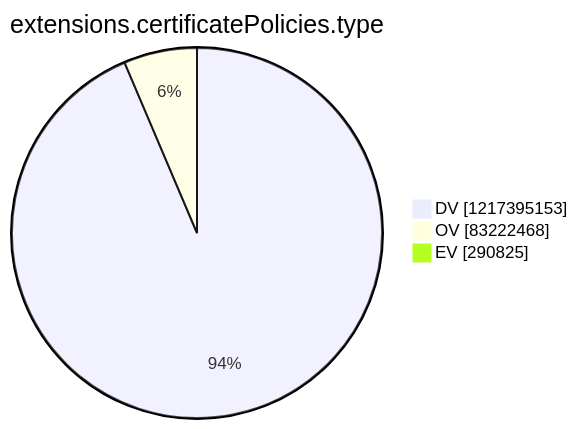
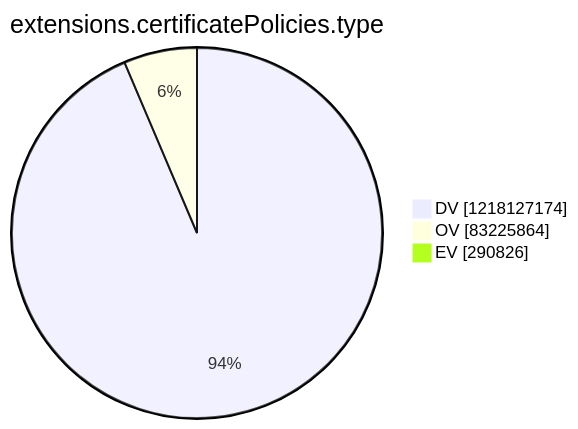
One commit to christiankrug/ctmonitor_visualization changed the tenth of 15 diagrams in argon2022/README.md. Above: the diagram before and after it, drawn with Mermaid. The commit also changed other lines of this file, not shown here.

````diff
--- a/argon2022/README.md
+++ b/argon2022/README.md
@@ -2769,7 +2769,7 @@
 ```mermaid
 pie showData
 title extensions.certificatePolicies.type
-"DV" :1217395153
-"OV" :83222468
-"EV" :290825
+"DV" :1218127174
+"OV" :83225864
+"EV" :290826
 ```
````
